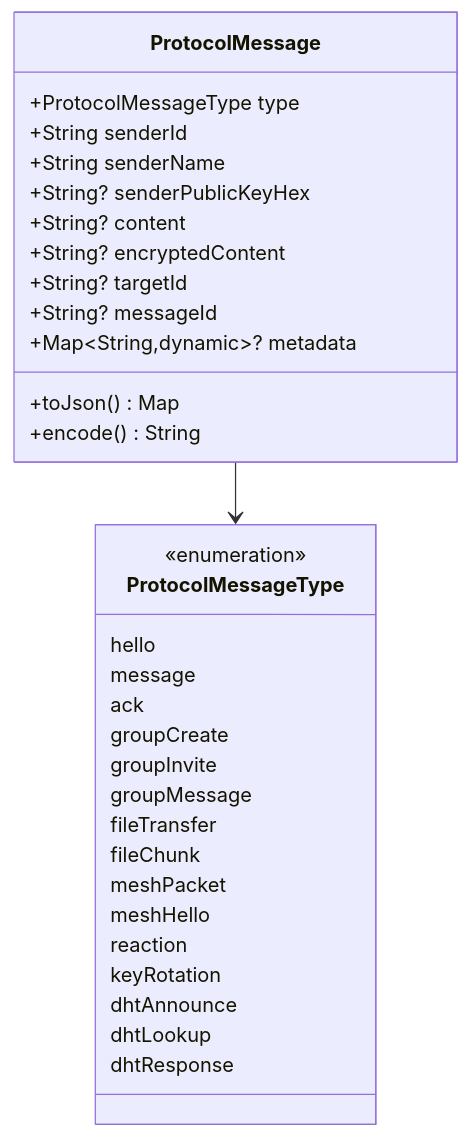
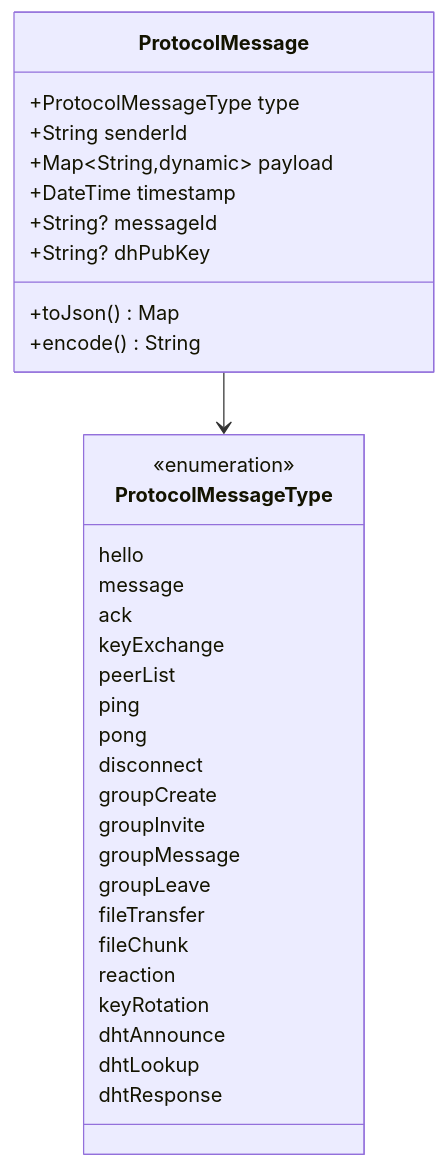
One commit to harshitt13/NyxChat changed diagram 18 of 20 in README.md. Above: the diagram before and after it, drawn with Mermaid. The commit also changed other lines of this file and 75 other files, not shown here.

````diff
--- a/README.md
+++ b/README.md
@@ -651,37 +828,38 @@
 ```mermaid
 classDiagram
     class ProtocolMessageType {
         <<enumeration>>
         hello
         message
         ack
+        keyExchange
+        peerList
+        ping
+        pong
+        disconnect
         groupCreate
         groupInvite
         groupMessage
+        groupLeave
         fileTransfer
         fileChunk
-        meshPacket
-        meshHello
         reaction
         keyRotation
         dhtAnnounce
         dhtLookup
         dhtResponse
     }
 
     class ProtocolMessage {
         +ProtocolMessageType type
         +String senderId
-        +String senderName
-        +String? senderPublicKeyHex
-        +String? content
-        +String? encryptedContent
-        +String? targetId
+        +Map~String,dynamic~ payload
+        +DateTime timestamp
         +String? messageId
-        +Map~String,dynamic~? metadata
+        +String? dhPubKey
         +toJson() Map
         +encode() String
     }
 
     ProtocolMessage --> ProtocolMessageType
 ```
````
